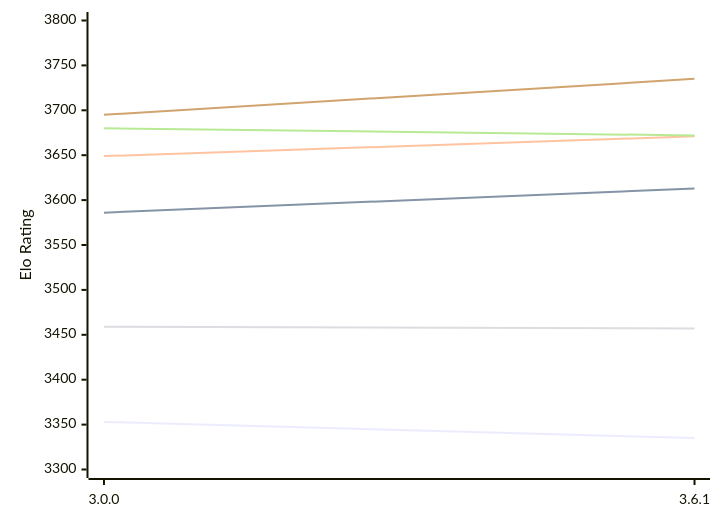
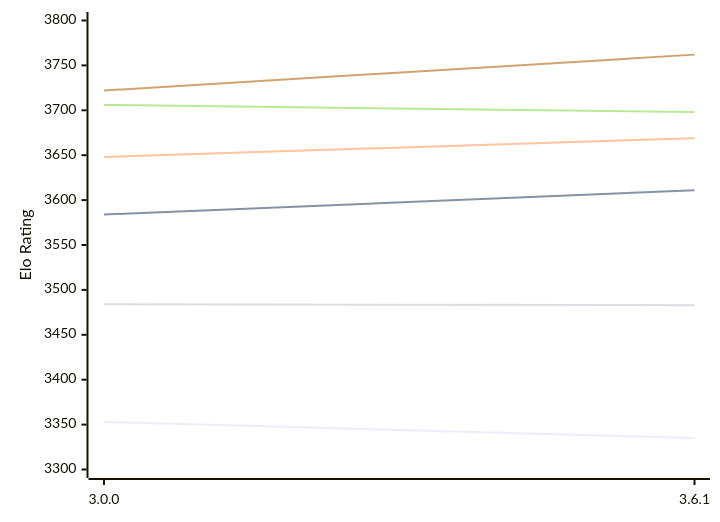
The diagram in engines/Peras.md (computer-chess-index/cci), drawn with Mermaid before and after one commit. The commit also changed other lines of this file, not shown here.

Commit message:
Update CCI Ratings (ELO VLTC) - 2026-11-04

````diff
--- a/engines/Peras.md
+++ b/engines/Peras.md
@@ -49,12 +49,12 @@
 ```mermaid
 %%{init: {"theme":"base","themeVariables":{"seriesColors:['#a3a3a3','#222221','#faa371']}}}%%
 xychart-beta
   x-axis ["3.0.0", "3.6.1"]
   y-axis "Elo Rating" 3300 --> 3800
   line "E1: STC (8.0+0.08s)" [3353, 3335]
-  line "E1: LTC (60.0+0.60s)" [3586, 3613]
-  line "E1: VLTC (2m24s+1.12s)" [3649, 3671]
-  line "P1: STC (8.0+0.08s)" [3459, 3457]
-  line "P1: LTC (60.0+0.60s)" [3680, 3672]
-  line "P1: VLTC (2m24s+1.12s)" [3695, 3735]
+  line "E1: LTC (60.0+0.60s)" [3584, 3611]
+  line "E1: VLTC (2m24s+1.12s)" [3648, 3669]
+  line "P1: STC (8.0+0.08s)" [3484, 3483]
+  line "P1: LTC (60.0+0.60s)" [3706, 3698]
+  line "P1: VLTC (2m24s+1.12s)" [3722, 3762]
 ```
````
